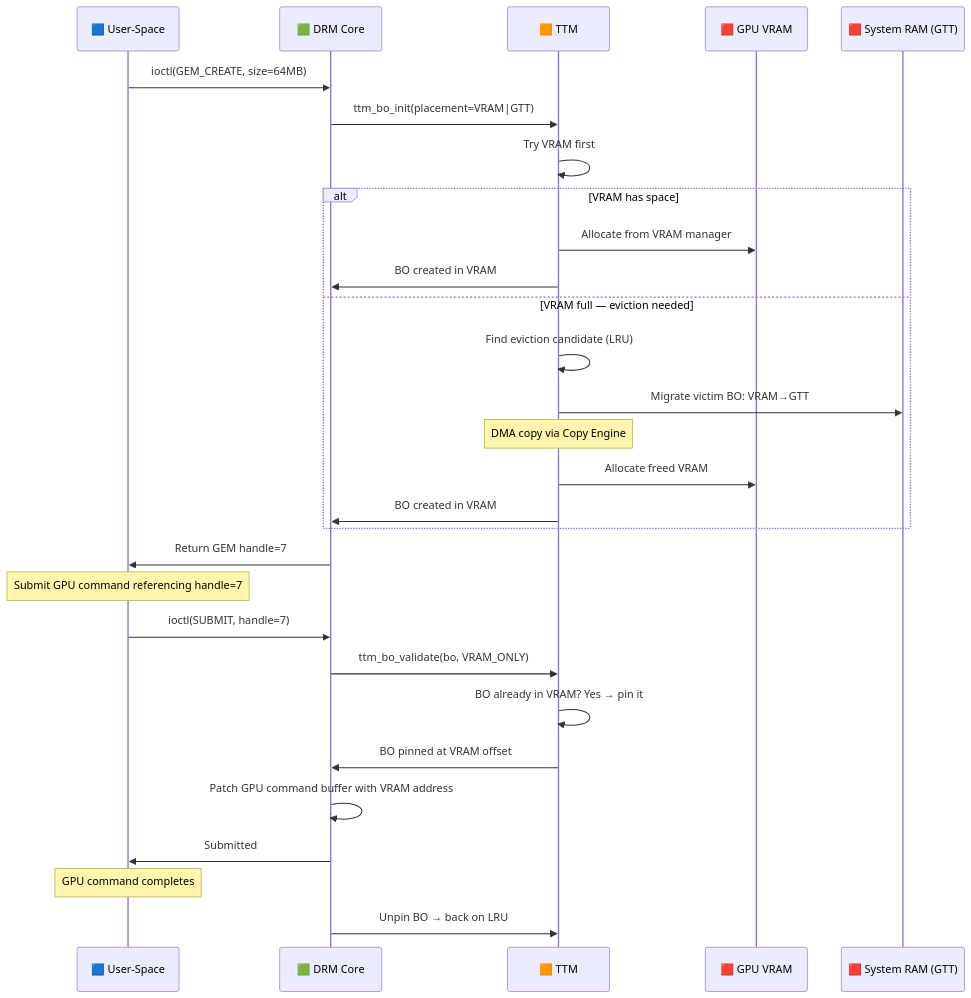
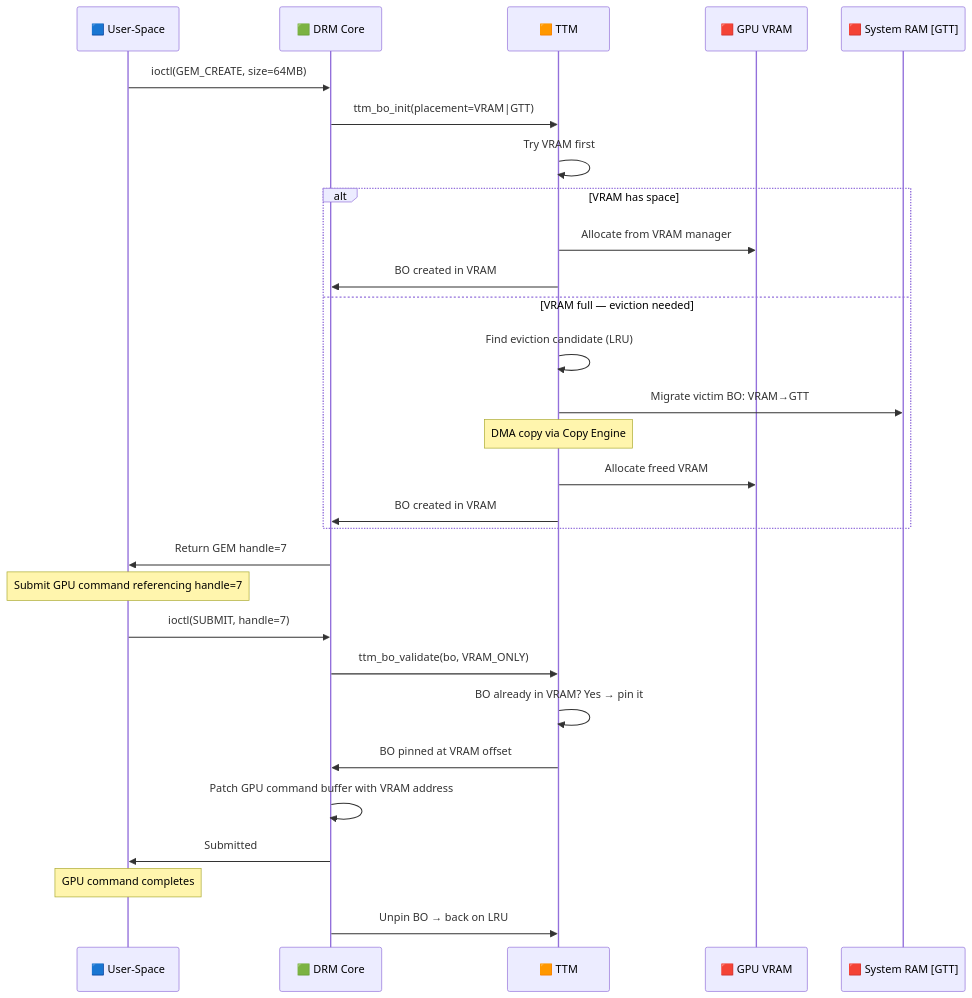
The seventh of 21 diagrams in MemoryManagement/16_NVIDIA_System_Design_Memory_Management.md (nilprajapati97/Linux), drawn with Mermaid before and after one commit. The commit also changed other lines of this file and 68 other files, not shown here.

````diff
--- a/MemoryManagement/16_NVIDIA_System_Design_Memory_Management.md
+++ b/MemoryManagement/16_NVIDIA_System_Design_Memory_Management.md
@@ -277,37 +277,37 @@
 ```mermaid
 sequenceDiagram
     participant App as 🟦 User-Space
     participant DRM as 🟩 DRM Core
     participant TTM as 🟧 TTM
     participant VRAM as 🟥 GPU VRAM
-    participant GTT as 🟥 System RAM (GTT)
+    participant GTT as 🟥 System RAM [GTT]
 
     App->>DRM: ioctl(GEM_CREATE, size=64MB)
     DRM->>TTM: ttm_bo_init(placement=VRAM|GTT)
     TTM->>TTM: Try VRAM first
 
     alt VRAM has space
         TTM->>VRAM: Allocate from VRAM manager
         TTM->>DRM: BO created in VRAM
     else VRAM full — eviction needed
         TTM->>TTM: Find eviction candidate (LRU)
         TTM->>GTT: Migrate victim BO: VRAM→GTT
         Note over TTM: DMA copy via Copy Engine
         TTM->>VRAM: Allocate freed VRAM
         TTM->>DRM: BO created in VRAM
     end
 
     DRM->>App: Return GEM handle=7
 
     Note over App: Submit GPU command referencing handle=7
 
     App->>DRM: ioctl(SUBMIT, handle=7)
     DRM->>TTM: ttm_bo_validate(bo, VRAM_ONLY)
     TTM->>TTM: BO already in VRAM? Yes → pin it
     TTM->>DRM: BO pinned at VRAM offset
     DRM->>DRM: Patch GPU command buffer with VRAM address
     DRM->>App: Submitted
 
     Note over App: GPU command completes
     DRM->>TTM: Unpin BO → back on LRU
 ```
````
